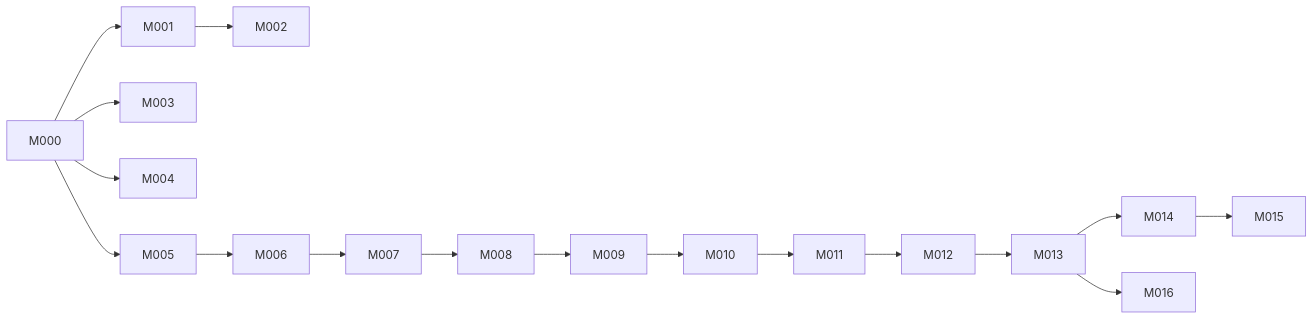
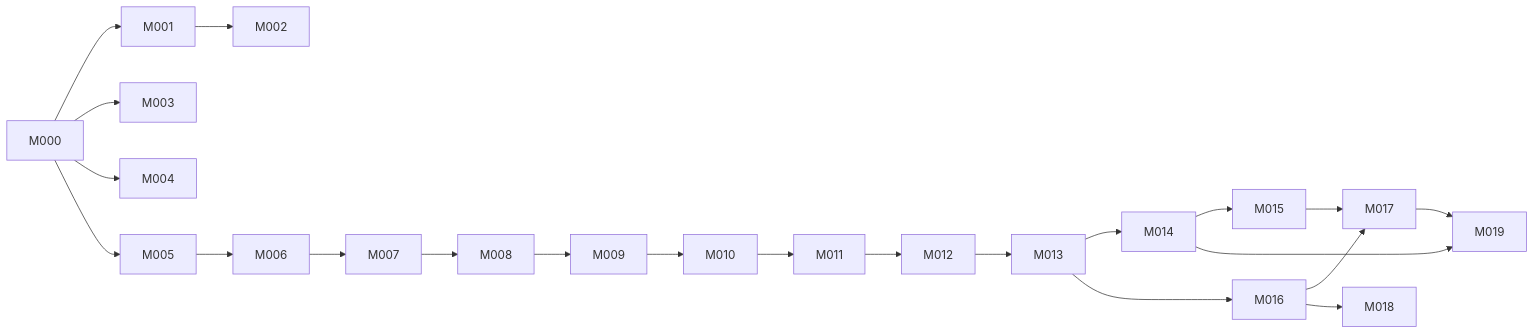
One commit to eskobar95/mercflow changed the diagram in .factory/planning/milestones.md. Above: the diagram before and after it, drawn with Mermaid. The commit also changed other lines of this file and 1 other file, not shown here.

````diff
--- a/.factory/planning/milestones.md
+++ b/.factory/planning/milestones.md
@@ -543,19 +547,24 @@
 ```mermaid
 flowchart LR
   M000 --> M001
   M000 --> M003
   M000 --> M004
   M000 --> M005
   M001 --> M002
   M005 --> M006
   M006 --> M007
   M007 --> M008
   M008 --> M009
   M009 --> M010
   M010 --> M011
   M011 --> M012
   M012 --> M013
   M013 --> M014
   M013 --> M016
   M014 --> M015
+  M015 --> M017
+  M016 --> M017
+  M016 --> M018
+  M014 --> M019
+  M017 --> M019
 ```
````
